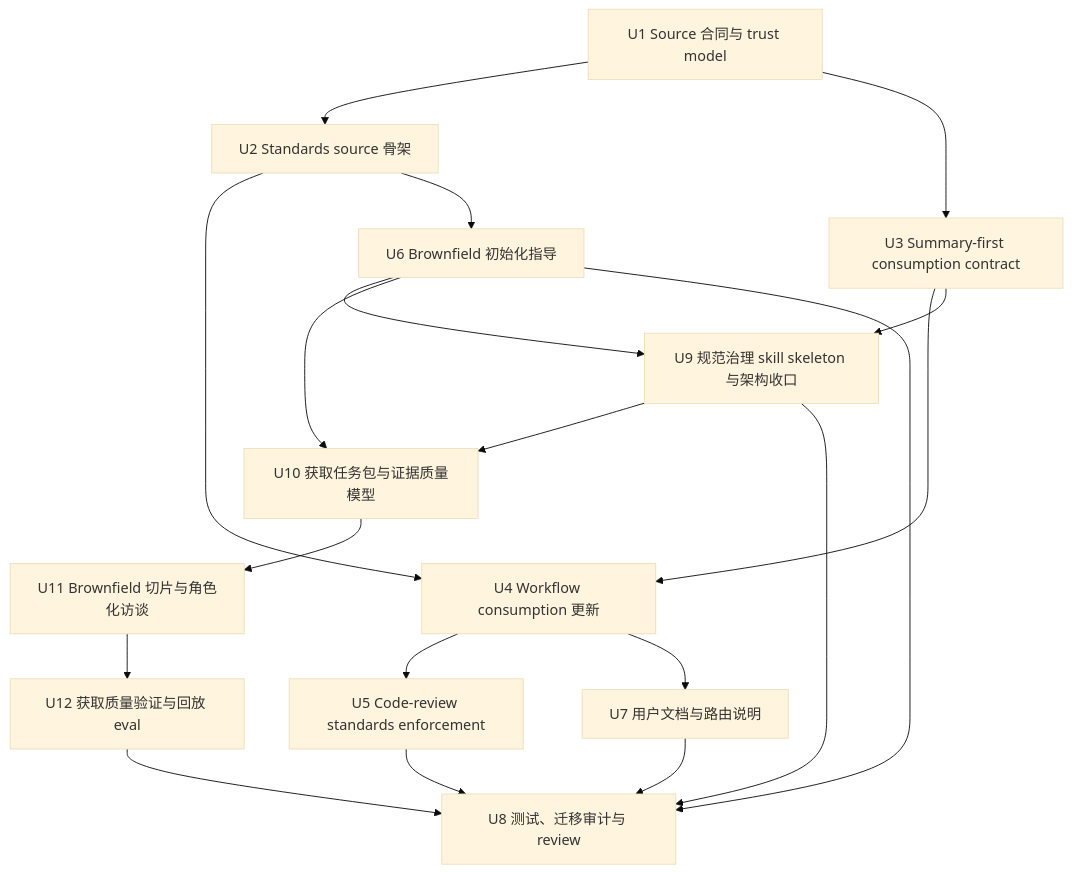
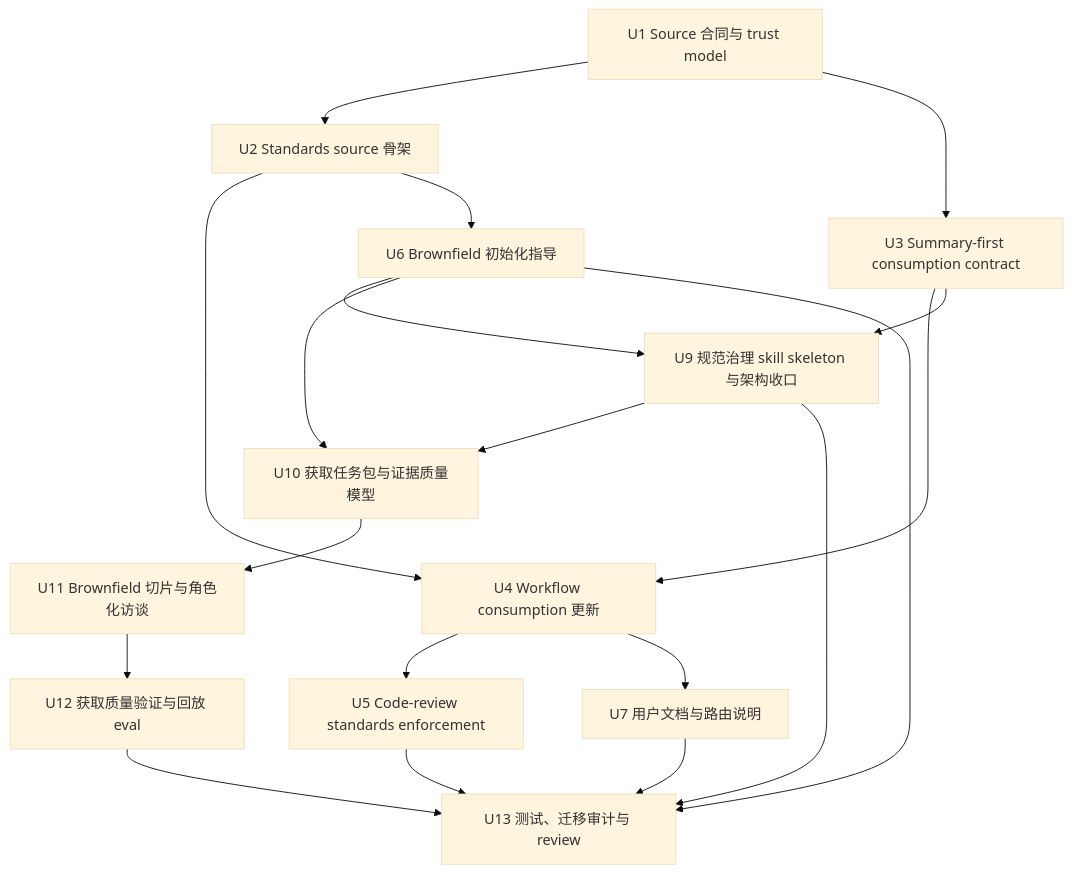
One commit to ajiao7240/spec-first changed the seventh of 7 diagrams in docs/plans/2026-06-21-004-feat-team-standards-governance-layer-plan.md. Above: the diagram before and after it, drawn with Mermaid (base theme). The commit also changed other lines of this file and 18 other files, not shown here.

````diff
--- a/docs/plans/2026-06-21-004-feat-team-standards-governance-layer-plan.md
+++ b/docs/plans/2026-06-21-004-feat-team-standards-governance-layer-plan.md
@@ -1149,34 +1194,34 @@
 ```mermaid
 flowchart TB
   U1[U1 Source 合同与 trust model]
   U2[U2 Standards source 骨架]
   U3[U3 Summary-first consumption contract]
   U4[U4 Workflow consumption 更新]
   U5[U5 Code-review standards enforcement]
   U6[U6 Brownfield 初始化指导]
   U7[U7 用户文档与路由说明]
   U9[U9 规范治理 skill skeleton 与架构收口]
   U10[U10 获取任务包与证据质量模型]
   U11[U11 Brownfield 切片与角色化访谈]
   U12[U12 获取质量验证与回放 eval]
-  U8[U8 测试、迁移审计与 review]
+  U13[U13 测试、迁移审计与 review]
 
   U1 --> U2
   U1 --> U3
   U2 --> U4
   U3 --> U4
   U4 --> U5
   U2 --> U6
   U4 --> U7
   U3 --> U9
   U6 --> U9
   U6 --> U10
   U9 --> U10
   U10 --> U11
   U11 --> U12
-  U12 --> U8
-  U5 --> U8
-  U6 --> U8
-  U7 --> U8
-  U9 --> U8
+  U12 --> U13
+  U5 --> U13
+  U6 --> U13
+  U7 --> U13
+  U9 --> U13
 ```
````
